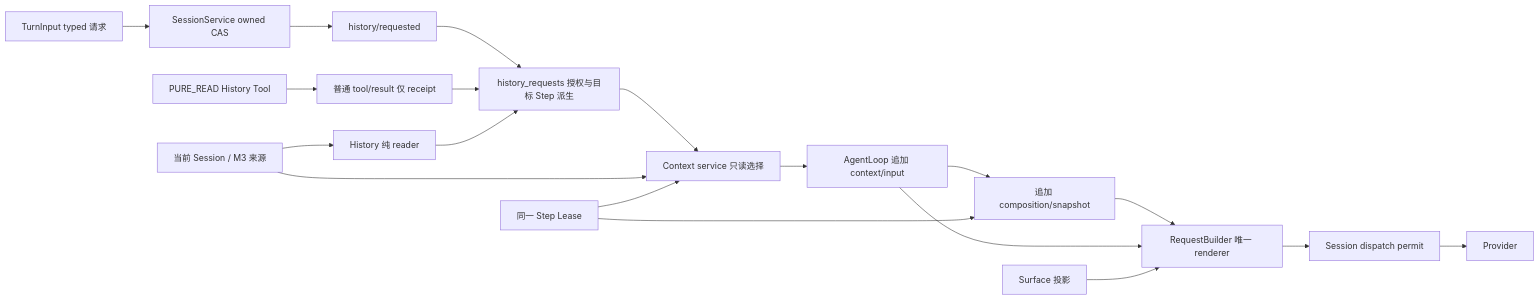
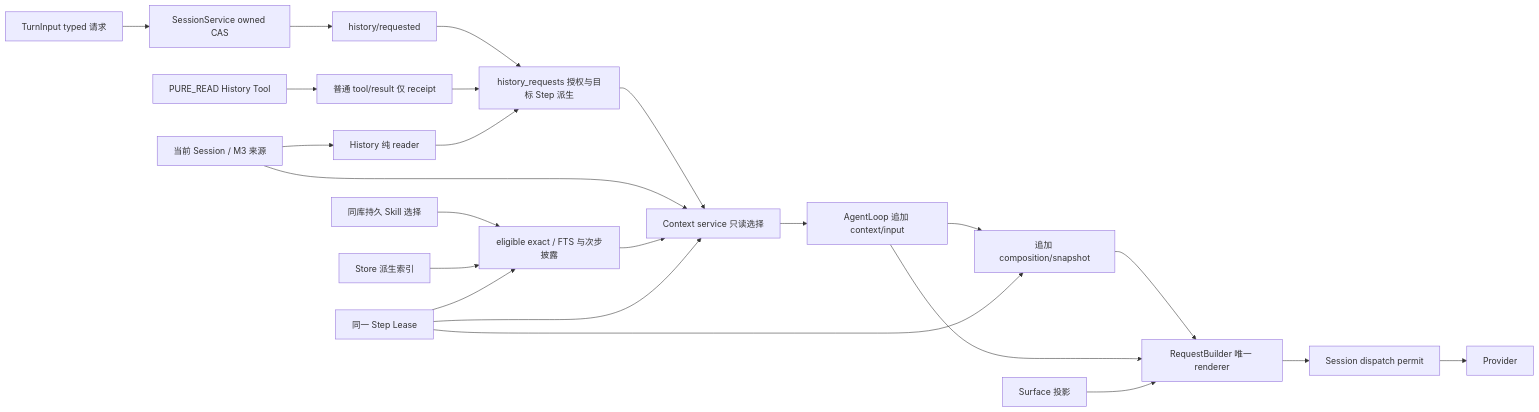
One commit to uboyme/traceHarness changed the diagram in docs/plan/TRACEHARNESS_V0.9_F0_DESIGN_CONTRACT.md. Above: the diagram before and after it, drawn with Mermaid. The commit also changed other lines of this file and 74 other files, not shown here.

````diff
--- a/docs/plan/TRACEHARNESS_V0.9_F0_DESIGN_CONTRACT.md
+++ b/docs/plan/TRACEHARNESS_V0.9_F0_DESIGN_CONTRACT.md
@@ -32,21 +32,25 @@
 ```mermaid
 flowchart LR
     S[当前 Session / M3 来源] --> HR[History 纯 reader]
     U[TurnInput typed 请求] --> HW[SessionService owned CAS]
     HW --> HA[history/requested]
     T[PURE_READ History Tool] --> TR[普通 tool/result 仅 receipt]
     HA --> Q[history_requests 授权与目标 Step 派生]
     TR --> Q
     HR --> Q
     Q --> R[Context service 只读选择]
     S --> R
+    SC[同库持久 Skill 选择] --> SR[eligible exact / FTS 与次步披露]
+    SI[Store 派生索引] --> SR
+    SR --> R
     L[同一 Step Lease] --> R
+    L --> SR
     R --> A[AgentLoop 追加 context/input]
     A --> C[追加 composition/snapshot]
     L --> C
     C --> B[RequestBuilder 唯一 renderer]
     A --> B
     H[Surface 投影] --> B
     B --> D[Session dispatch permit]
     D --> P[Provider]
 ```
````
